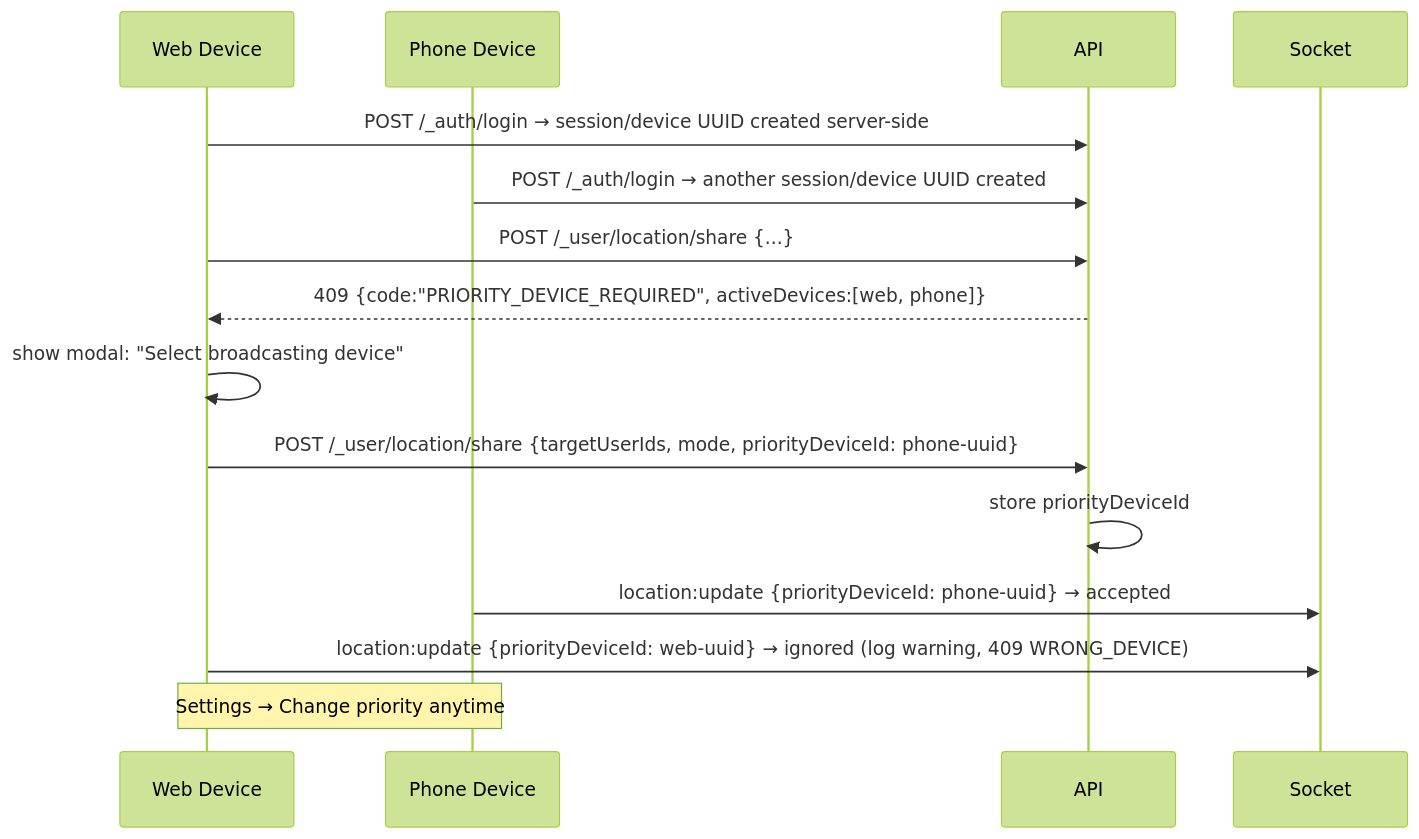
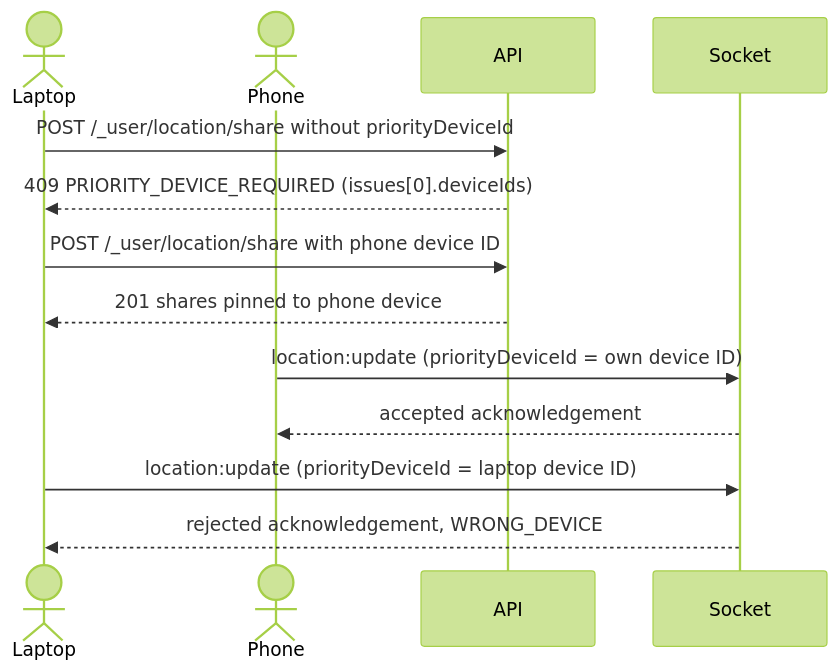
Before and after one commit to komeilm76/borobiya: the third of 5 diagrams in docs/DIAGRAMS/LOCATION_SEQUENCE.md, drawn with Mermaid (forest theme). The commit also changed other lines of this file and 2 other files, not shown here.

Commit message:
Review rendered location sharing diagrams against live contracts

````diff
--- a/docs/DIAGRAMS/LOCATION_SEQUENCE.md
+++ b/docs/DIAGRAMS/LOCATION_SEQUENCE.md
@@ -59,16 +66,15 @@
 ```mermaid
 sequenceDiagram
-  participant Web as Web Device
-  participant Phone as Phone Device
+  actor Laptop
+  actor Phone
   participant API
-  Web->>API: POST /_auth/login → session/device UUID created server-side
-  Phone->>API: POST /_auth/login → another session/device UUID created
-  Web->>API: POST /_user/location/share {...}
-  API-->>Web: 409 {code:"PRIORITY_DEVICE_REQUIRED", activeDevices:[web, phone]}
-  Web->>Web: show modal: "Select broadcasting device"
-  Web->>API: POST /_user/location/share {targetUserIds, mode, priorityDeviceId: phone-uuid}
-  API->>API: store priorityDeviceId
-  Phone->>Socket: location:update {priorityDeviceId: phone-uuid} → accepted
-  Web->>Socket: location:update {priorityDeviceId: web-uuid} → ignored (log warning, 409 WRONG_DEVICE)
-  Note over Web,Phone: Settings → Change priority anytime
+  participant Socket
+  Laptop->>API: POST /_user/location/share without priorityDeviceId
+  API-->>Laptop: 409 PRIORITY_DEVICE_REQUIRED (issues[0].deviceIds)
+  Laptop->>API: POST /_user/location/share with phone device ID
+  API-->>Laptop: 201 shares pinned to phone device
+  Phone->>Socket: location:update (priorityDeviceId = own device ID)
+  Socket-->>Phone: accepted acknowledgement
+  Laptop->>Socket: location:update (priorityDeviceId = laptop device ID)
+  Socket-->>Laptop: rejected acknowledgement, WRONG_DEVICE
 ```
````
